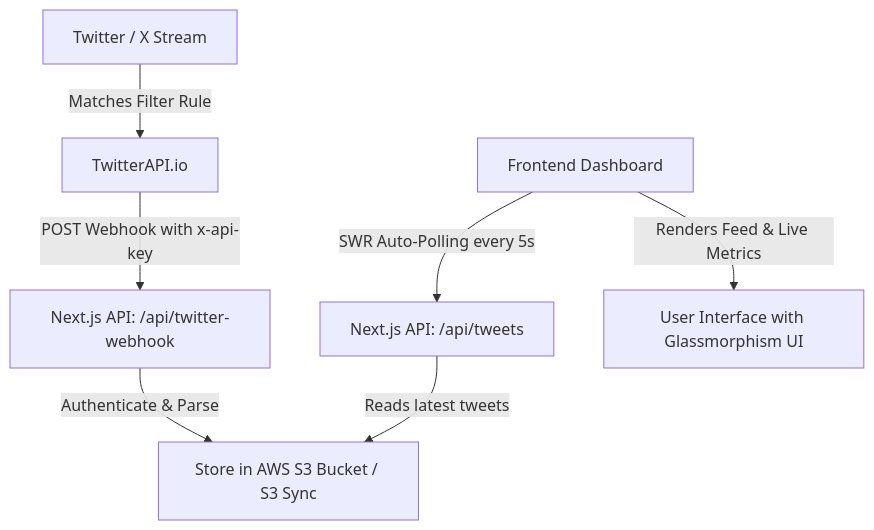
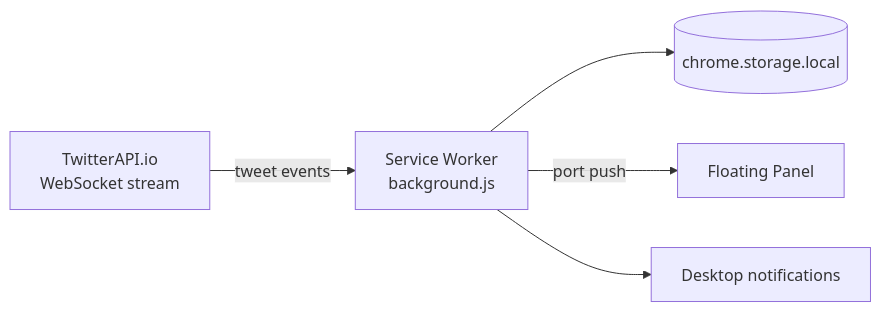
Before and after one commit to unnat7779/x-monitoring-dashboard: the diagram in README.md, drawn with Mermaid. The commit also changed other lines of this file and 19 other files, not shown here.

Commit message:
Update market hours to Daily 9:00 AM - 3:30 PM IST and sync extension polling

````diff
--- a/README.md
+++ b/README.md
@@ -14,9 +23,7 @@
 ```mermaid
-flowchart TD
-    A[Twitter / X Stream] -->|Matches Filter Rule| B[TwitterAPI.io]
-    B -->|POST Webhook with x-api-key| C[Next.js API: /api/twitter-webhook]
-    C -->|Authenticate & Parse| D[Store in AWS S3 Bucket / S3 Sync]
-    E[Frontend Dashboard] -->|SWR Auto-Polling every 5s| F[Next.js API: /api/tweets]
-    F -->|Reads latest tweets| D
-    E -->|Renders Feed & Live Metrics| G[User Interface with Glassmorphism UI]
+flowchart LR
+    A[TwitterAPI.io<br/>WebSocket stream] -->|tweet events| B[Service Worker<br/>background.js]
+    B --> C[(chrome.storage.local)]
+    B -->|port push| D[Floating Panel]
+    B --> E[Desktop notifications]
 ```
````
